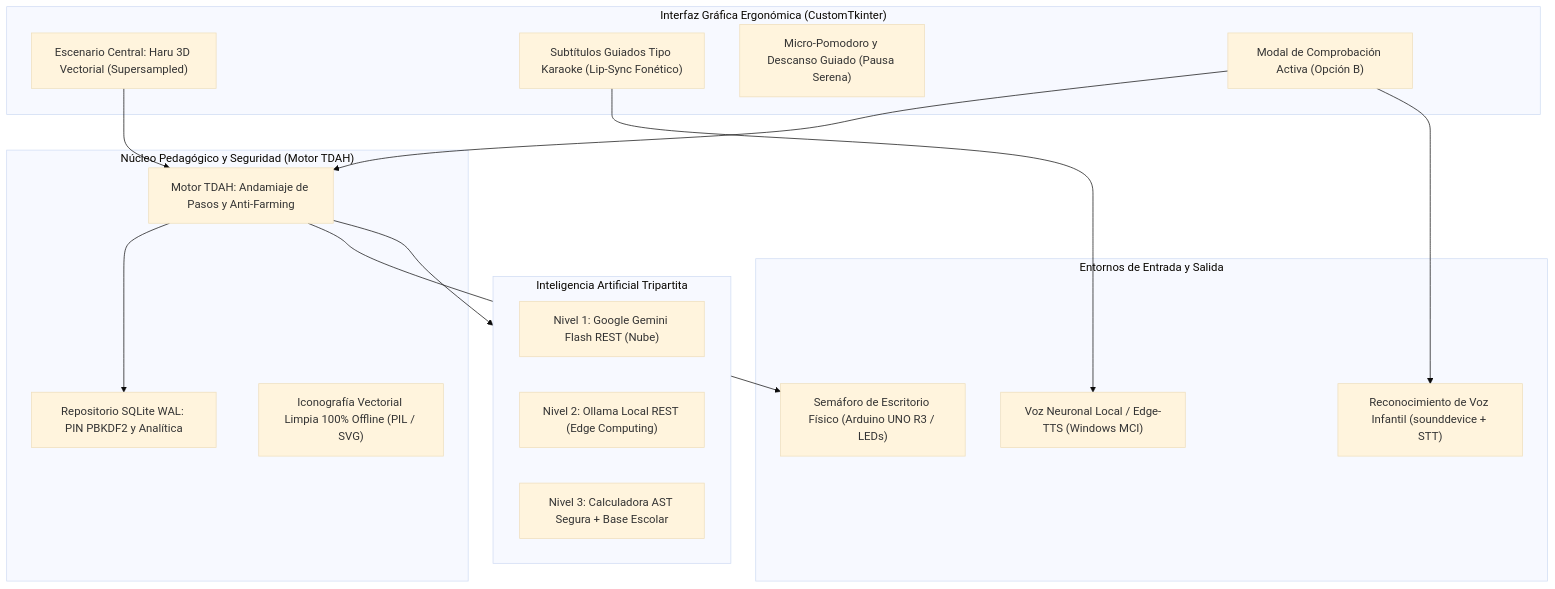
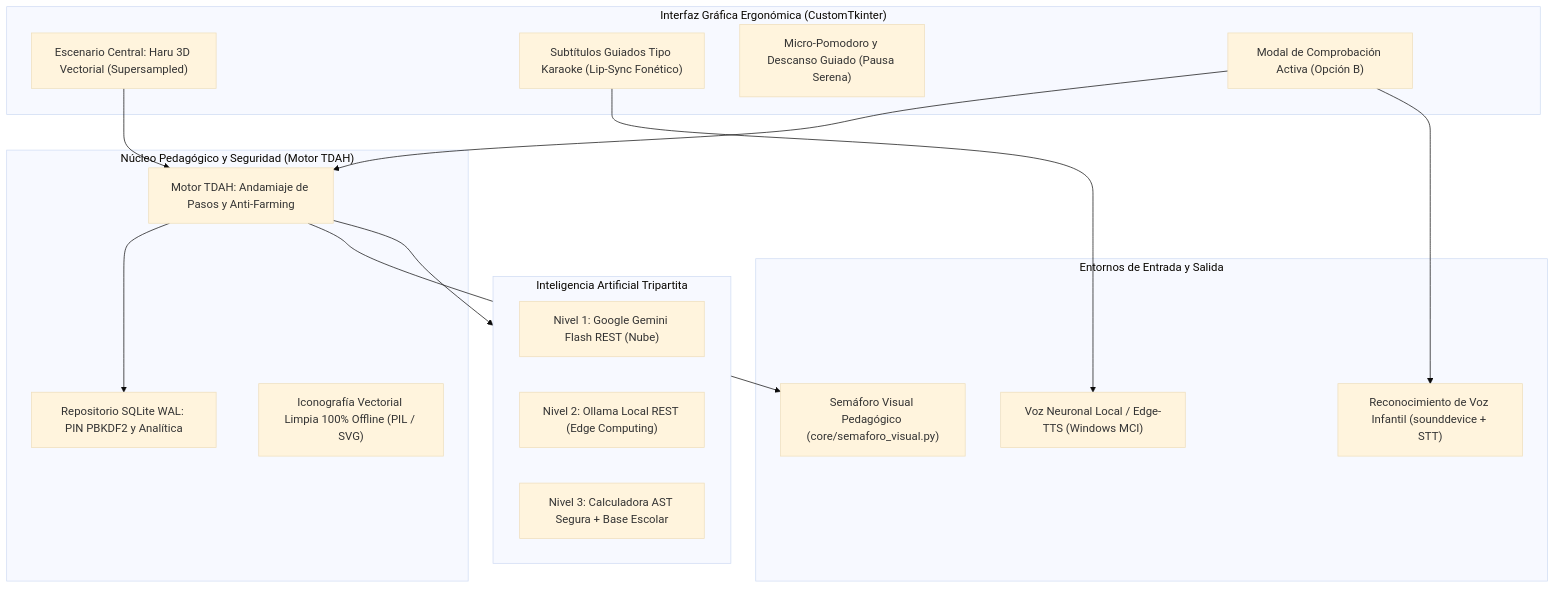
The diagram in README.md (Leonardo1659/HARU_TDAH), drawn with Mermaid (base theme) before and after one commit. The commit also changed other lines of this file and 19 other files, not shown here.

Commit message:
Haru TDAH v2.1: semaforo visual nativo, perfil pedagogico, Ollama LED, barra carga doc y pack 1 estrella cada 3 ejercicios

````diff
--- a/README.md
+++ b/README.md
@@ -21,35 +21,35 @@
 ```mermaid
 flowchart TD
     subgraph UI_Entorno["Interfaz Gráfica Ergonómica (CustomTkinter)"]
         A["Escenario Central: Haru 3D Vectorial (Supersampled)"]
         B["Subtítulos Guiados Tipo Karaoke (Lip-Sync Fonético)"]
         C["Micro-Pomodoro y Descanso Guiado (Pausa Serena)"]
         D["Modal de Comprobación Activa (Opción B)"]
     end
 
     subgraph Core_Logica["Núcleo Pedagógico y Seguridad (Motor TDAH)"]
         E["Motor TDAH: Andamiaje de Pasos y Anti-Farming"]
         F["Repositorio SQLite WAL: PIN PBKDF2 y Analítica"]
         G["Iconografía Vectorial Limpia 100% Offline (PIL / SVG)"]
     end
 
     subgraph Motor_Hibrido_IA["Inteligencia Artificial Tripartita"]
         H1["Nivel 1: Google Gemini Flash REST (Nube)"]
         H2["Nivel 2: Ollama Local REST (Edge Computing)"]
         H3["Nivel 3: Calculadora AST Segura + Base Escolar"]
     end
 
     subgraph Perifericos["Entornos de Entrada y Salida"]
         I["Voz Neuronal Local / Edge-TTS (Windows MCI)"]
         J["Reconocimiento de Voz Infantil (sounddevice + STT)"]
-        K["Semáforo de Escritorio Físico (Arduino UNO R3 / LEDs)"]
+        K["Semáforo Visual Pedagógico (core/semaforo_visual.py)"]
     end
 
     A --> E
     D --> E
     E --> F
     E --> Motor_Hibrido_IA
     B --> I
     D --> J
     E --> K
 ```
````
